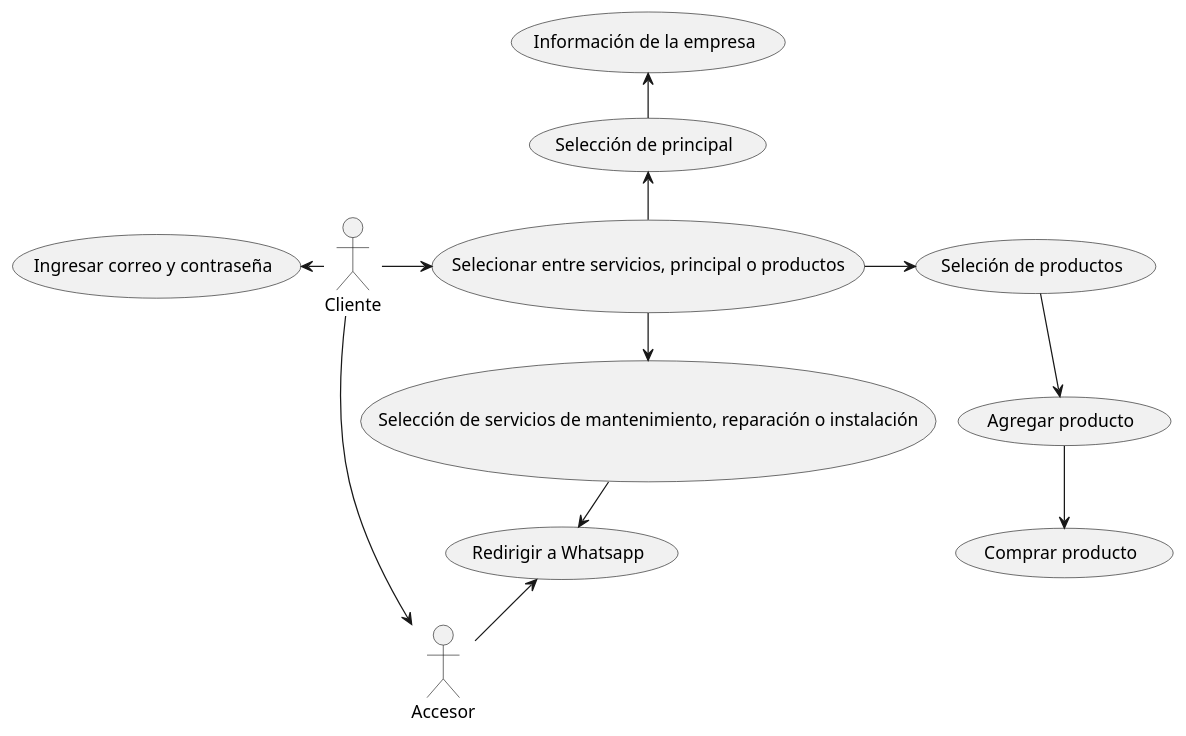
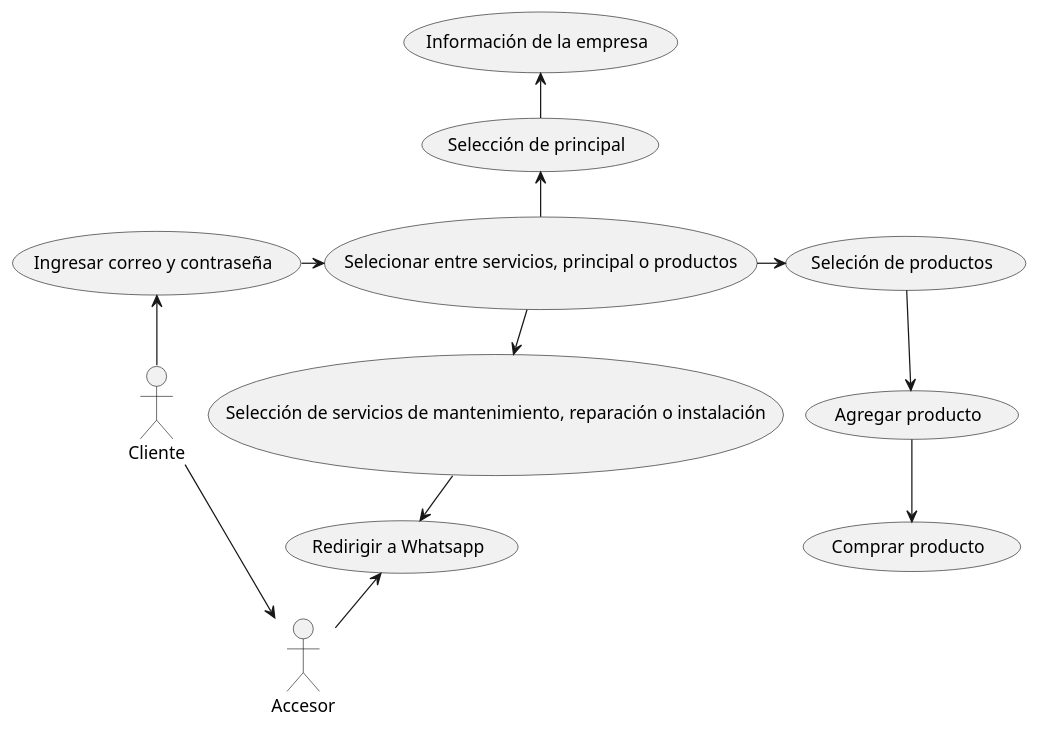
The diagram in Casos De Usos/Usuario.puml (chonchekill/FerreGas), drawn with PlantUML before and after one commit.

Commit message:
Imágenes

```diff
--- a/Casos De Usos/Usuario.puml
+++ b/Casos De Usos/Usuario.puml
@@ -1,40 +1,40 @@
 @startuml
 
 !pragma layout smetana
 
 actor Cliente as cliente
 
 actor Accesor as accesor
 
 usecase (Ingresar correo y contraseña) as login
 
 usecase (Selecionar entre servicios, principal o productos) as seleccionDeServicios
 
 usecase (Selección de servicios de mantenimiento, reparación o instalación) as serviciosMantenimentoInstalacion
 
 usecase (Redirigir a Whatsapp) as whatsapp
 
 usecase (Seleción de productos) as selecionProducto
 
 usecase (Agregar producto) as agregarProducto
 
 usecase (Comprar producto) as comprarProducto
 
 usecase (Selección de principal) as selecionPrincipal
 
 usecase (Información de la empresa) as Informacion
 
 cliente-left->login
 
-cliente-right->seleccionDeServicios
+login-right->seleccionDeServicios
 seleccionDeServicios-down->serviciosMantenimentoInstalacion
 serviciosMantenimentoInstalacion -down->whatsapp
 accesor -up-> whatsapp
 cliente --> accesor
 seleccionDeServicios -right-> selecionProducto
 selecionProducto -down-> agregarProducto
 agregarProducto -down-> comprarProducto
 seleccionDeServicios -up-> selecionPrincipal
 selecionPrincipal -up-> Informacion
 
 @enduml
```
